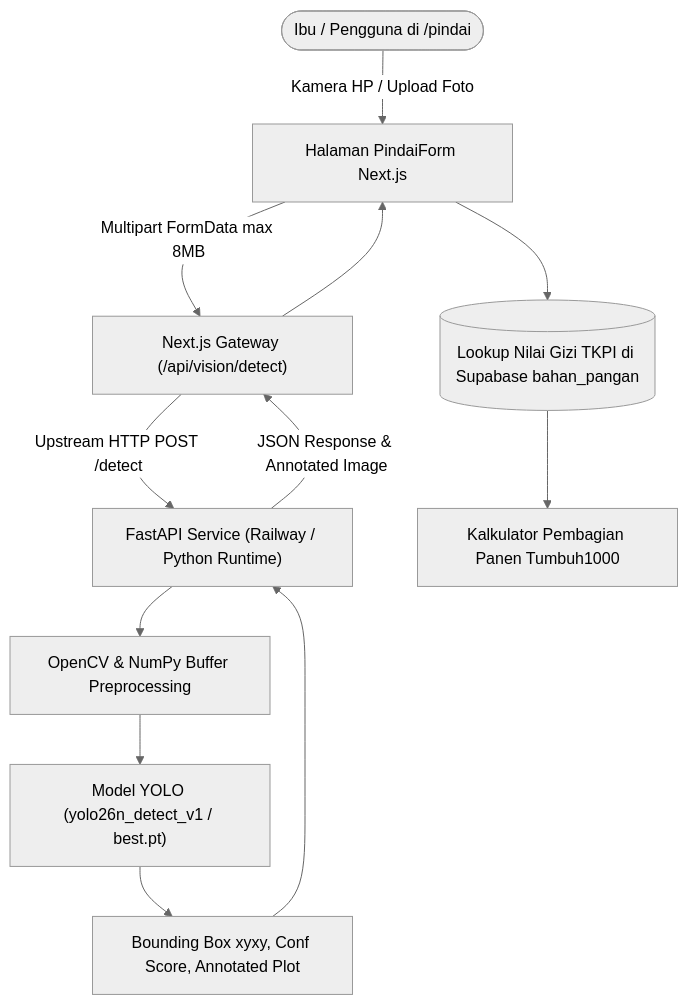
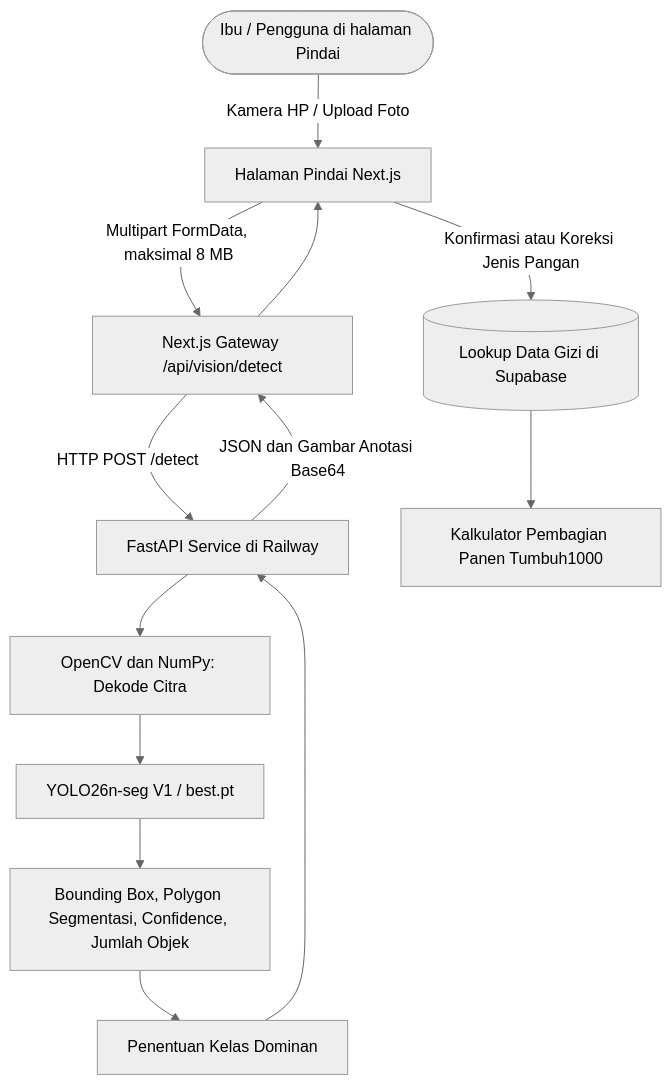
The second of 2 diagrams in docs/DOKUMENTASI_FITUR_AI.md (aulyaa12/Projek-Web-Panganita), drawn with Mermaid (neutral theme) before and after one commit. The commit also changed other lines of this file and 1 other file, not shown here.

Commit message:
docs: finalize README and YOLO26 segmentation documentation

````diff
--- a/docs/DOKUMENTASI_FITUR_AI.md
+++ b/docs/DOKUMENTASI_FITUR_AI.md
@@ -61,14 +68,15 @@
 ```mermaid
 flowchart TD
-    User([Ibu / Pengguna di /pindai]) -->|Kamera HP / Upload Foto| ClientUI[Halaman PindaiForm Next.js]
-    ClientUI -->|Multipart FormData max 8MB| NextAPI["Next.js Gateway (/api/vision/detect)"]
-    NextAPI -->|Upstream HTTP POST /detect| FastAPIService["FastAPI Service (Railway / Python Runtime)"]
-    FastAPIService --> ImgPreproc[OpenCV & NumPy Buffer Preprocessing]
-    ImgPreproc --> YOLOModel["Model YOLO (yolo26n_detect_v1 / best.pt)"]
-    YOLOModel --> PostProc[Bounding Box xyxy, Conf Score, Annotated Plot]
-    PostProc --> FastAPIService
-    FastAPIService -->|JSON Response & Annotated Image| NextAPI
+    User([Ibu / Pengguna di halaman Pindai]) -->|Kamera HP / Upload Foto| ClientUI[Halaman Pindai Next.js]
+    ClientUI -->|Multipart FormData, maksimal 8 MB| NextAPI["Next.js Gateway /api/vision/detect"]
+    NextAPI -->|HTTP POST /detect| FastAPIService["FastAPI Service di Railway"]
+    FastAPIService --> ImgPreproc[OpenCV dan NumPy: Dekode Citra]
+    ImgPreproc --> YOLOModel["YOLO26n-seg V1 / best.pt"]
+    YOLOModel --> PostProc["Bounding Box, Polygon Segmentasi, Confidence, Jumlah Objek"]
+    PostProc --> Dominant["Penentuan Kelas Dominan"]
+    Dominant --> FastAPIService
+    FastAPIService -->|JSON dan Gambar Anotasi Base64| NextAPI
     NextAPI --> ClientUI
-    ClientUI --> DBCheck[(Lookup Nilai Gizi TKPI di Supabase bahan_pangan)]
+    ClientUI -->|Konfirmasi atau Koreksi Jenis Pangan| DBCheck[(Lookup Data Gizi di Supabase)]
     DBCheck --> CalcEngine[Kalkulator Pembagian Panen Tumbuh1000]
 ```
````
